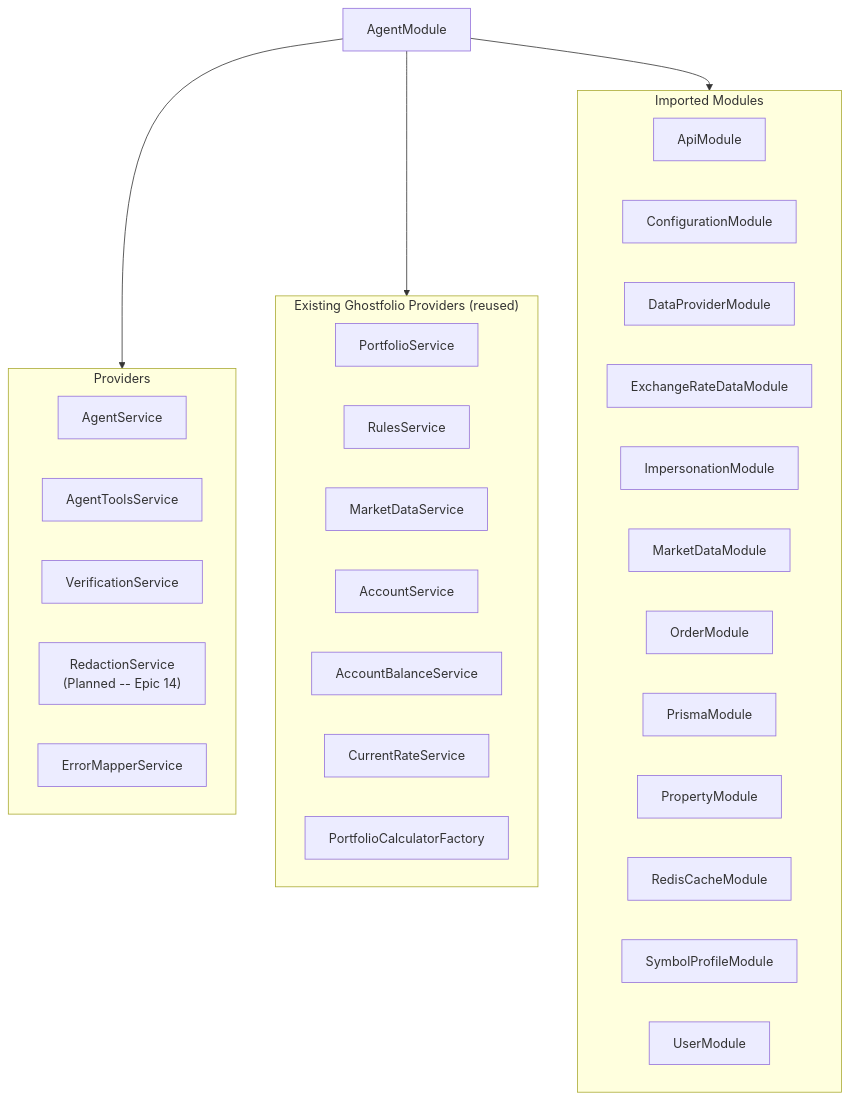
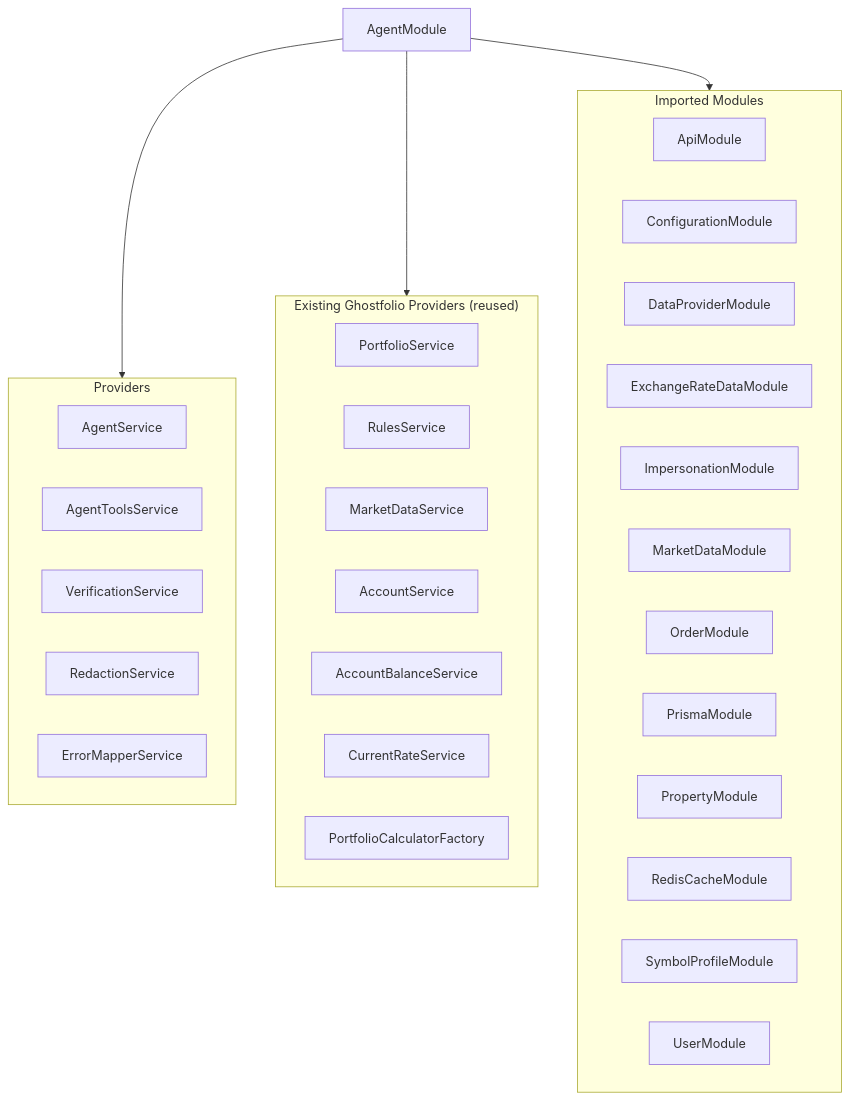
One commit to MichaelHabermas/ghostfolio changed the fourth of 9 diagrams in docs/PRD.md. Above: the diagram before and after it, drawn with Mermaid. The commit also changed other lines of this file, not shown here.

First line of the commit message:
docs(agent): mark Epic 14 complete in PRD

````diff
--- a/docs/PRD.md
+++ b/docs/PRD.md
@@ -325,41 +325,41 @@
 ```mermaid
 graph TD
     AgentModule["AgentModule"]
 
     subgraph providers ["Providers"]
         AgentService["AgentService"]
         AgentToolsService["AgentToolsService"]
         VerificationService["VerificationService"]
-        RedactionService["RedactionService<br/>(Planned -- Epic 14)"]
+        RedactionService["RedactionService"]
         ErrorMapperService["ErrorMapperService"]
     end
 
     subgraph existingProviders ["Existing Ghostfolio Providers (reused)"]
         PortfolioService["PortfolioService"]
         RulesService["RulesService"]
         MarketDataService["MarketDataService"]
         AccountService["AccountService"]
         AccountBalanceService["AccountBalanceService"]
         CurrentRateService["CurrentRateService"]
         PortfolioCalculatorFactory["PortfolioCalculatorFactory"]
     end
 
     subgraph imports ["Imported Modules"]
         ApiModule["ApiModule"]
         ConfigurationModule["ConfigurationModule"]
         DataProviderModule["DataProviderModule"]
         ExchangeRateDataModule["ExchangeRateDataModule"]
         ImpersonationModule["ImpersonationModule"]
         MarketDataModule["MarketDataModule"]
         OrderModule["OrderModule"]
         PrismaModule["PrismaModule"]
         PropertyModule["PropertyModule"]
         RedisCacheModule["RedisCacheModule"]
         SymbolProfileModule["SymbolProfileModule"]
         UserModule["UserModule"]
     end
 
     AgentModule --> providers
     AgentModule --> existingProviders
     AgentModule --> imports
 ```
````
